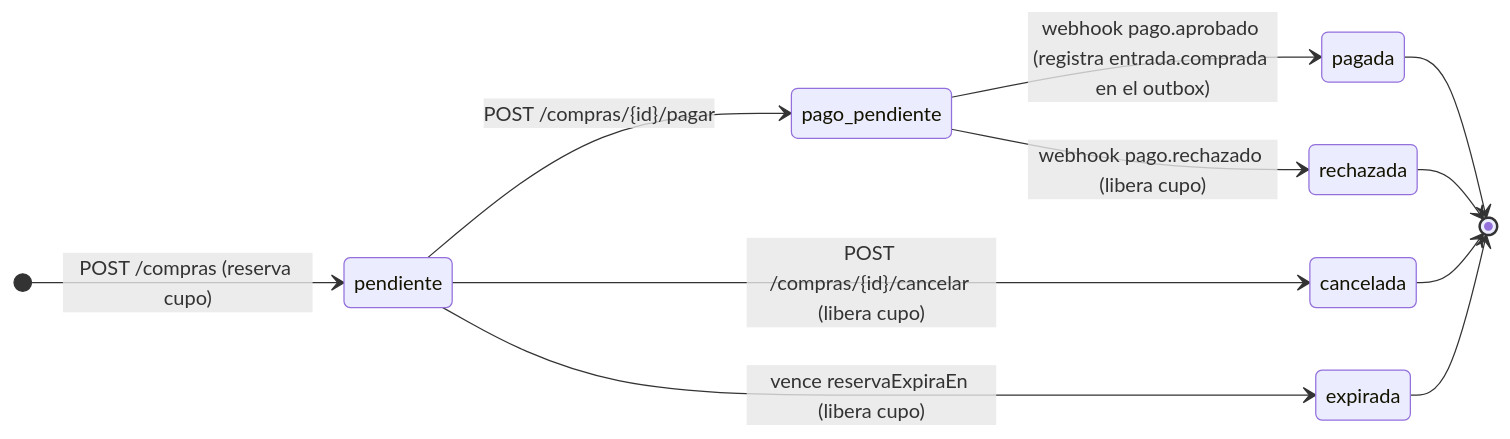
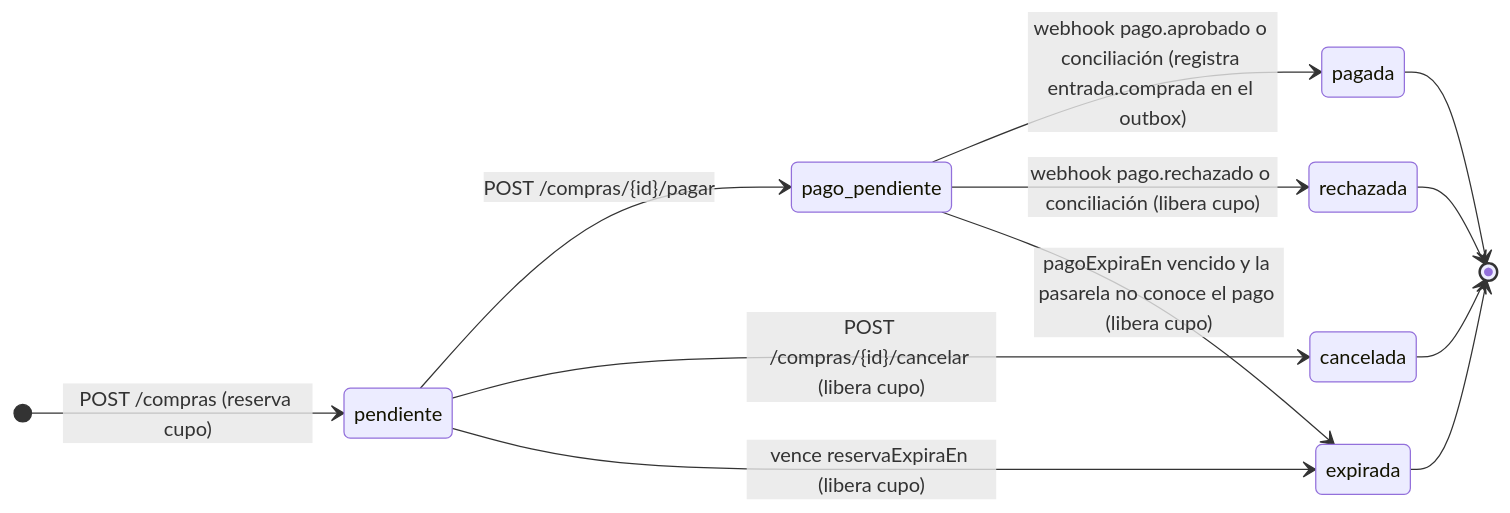
Before and after one commit to Juan-C-Ceballos/iaew-eventos-entradas: the third of 4 diagrams in docs/modelo-datos.md, drawn with Mermaid. The commit also changed other lines of this file and 23 other files, not shown here.

First line of the commit message:
[UPD] Ciclo de vida de compra y evento: pago, conciliacion, cupo, cancelacion y fechas

````diff
--- a/docs/modelo-datos.md
+++ b/docs/modelo-datos.md
@@ -122,14 +143,15 @@
 ```mermaid
 stateDiagram-v2
   direction LR
   [*] --> pendiente: POST /compras (reserva cupo)
   pendiente --> pago_pendiente: POST /compras/{id}/pagar
   pendiente --> cancelada: POST /compras/{id}/cancelar (libera cupo)
   pendiente --> expirada: vence reservaExpiraEn (libera cupo)
-  pago_pendiente --> pagada: webhook pago.aprobado (registra entrada.comprada en el outbox)
-  pago_pendiente --> rechazada: webhook pago.rechazado (libera cupo)
+  pago_pendiente --> pagada: webhook pago.aprobado o conciliación (registra entrada.comprada en el outbox)
+  pago_pendiente --> rechazada: webhook pago.rechazado o conciliación (libera cupo)
+  pago_pendiente --> expirada: pagoExpiraEn vencido y la pasarela no conoce el pago (libera cupo)
   pagada --> [*]
   rechazada --> [*]
   cancelada --> [*]
   expirada --> [*]
 ```
````
